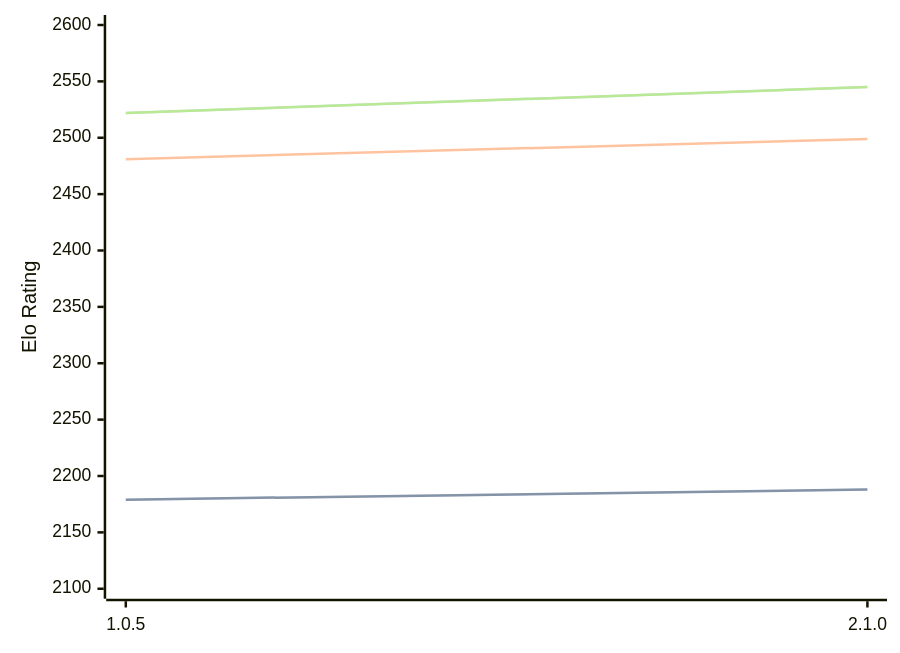
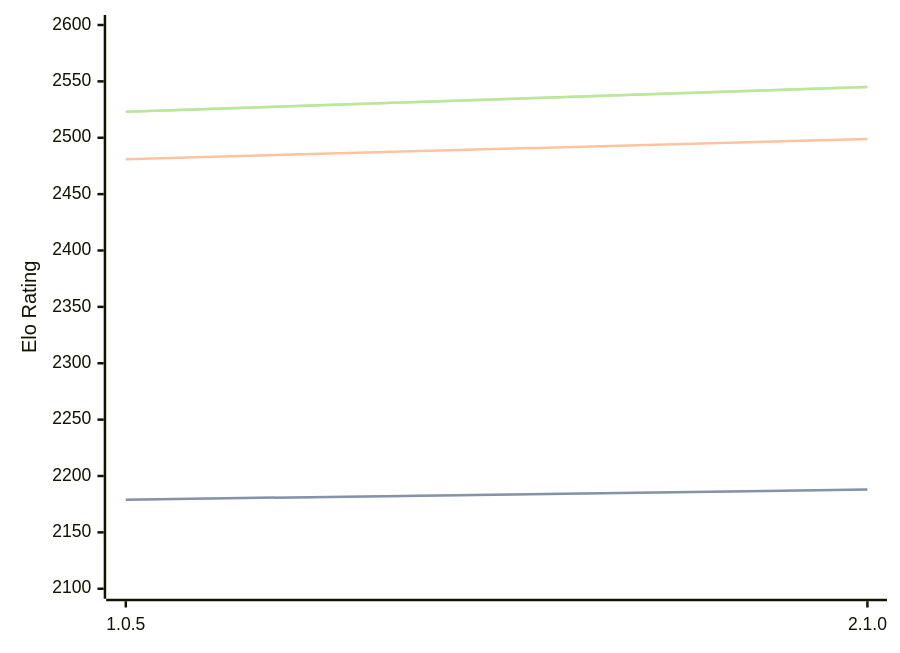
One commit to computer-chess-index/cci changed the diagram in engines/Ruffian.md. Above: the diagram before and after it, drawn with Mermaid. The commit also changed other lines of this file, not shown here.

Commit message:
Update CCI Ratings (ELO VLTC) - 2026-04-24

````diff
--- a/engines/Ruffian.md
+++ b/engines/Ruffian.md
@@ -32,11 +32,11 @@
 ```mermaid
 %%{init: {"theme":"base","themeVariables":{"seriesColors:['#a3a3a3','#222221','#faa371']}}}%%
 xychart-beta
   x-axis ["1.0.5", "2.1.0"]
   y-axis "Elo Rating" 2100 --> 2600
   line "STC (8.0+0.08s)" [2179, 2188]
   line "STC (8.0+0.08s)" [2179, 2188]
   line "LTC (60.0+0.60s)" [2481, 2499]
-  line "VLTC (2m24s+1.12s)" [2522, 2545]
-  line "VLTC (2m24s+1.12s)" [2522, 2545]
+  line "VLTC (2m24s+1.12s)" [2523, 2545]
+  line "VLTC (2m24s+1.12s)" [2523, 2545]
 ```
````
